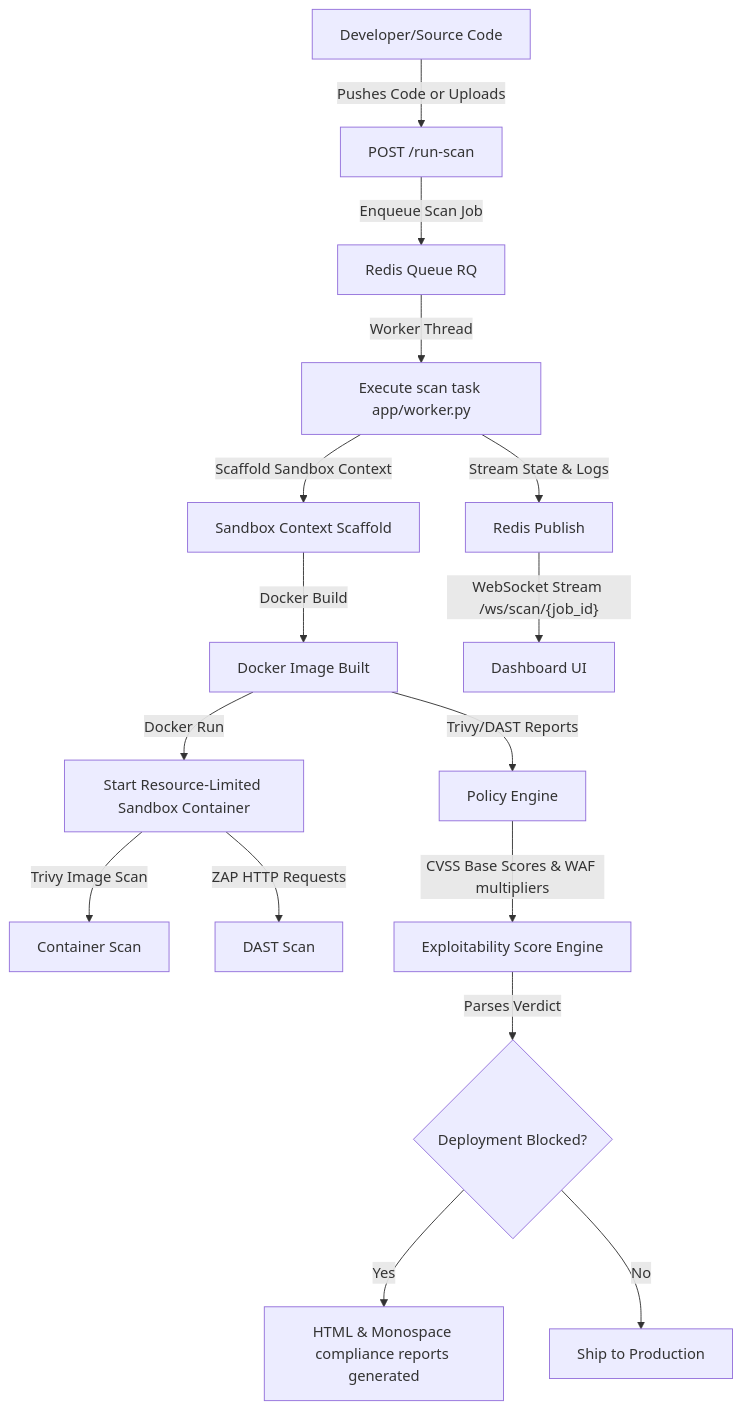
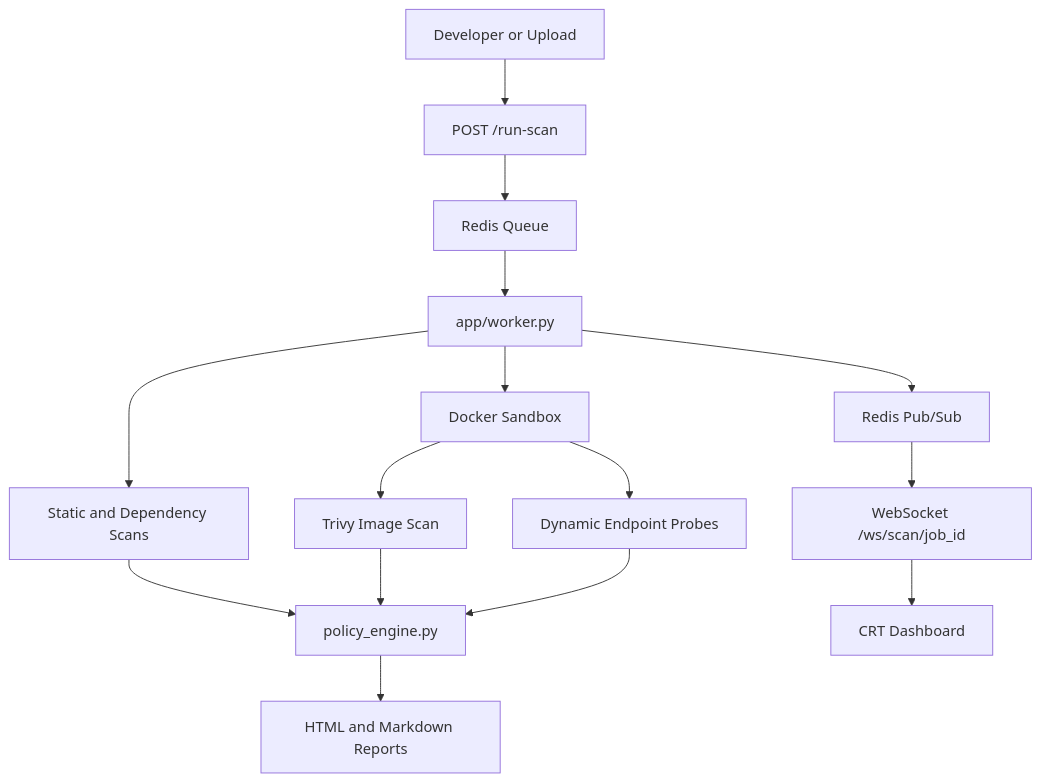
Before and after one commit to huslenine999/aegis: the diagram in README.md, drawn with Mermaid. The commit also changed other lines of this file and 18 other files, not shown here.

````diff
--- a/README.md
+++ b/README.md
@@ -24,18 +131,17 @@
 ```mermaid
 graph TD
-    Dev[Developer/Source Code] -->|Pushes Code or Uploads| RunScan[POST /run-scan]
-    RunScan -->|Enqueue Scan Job| RQ[Redis Queue RQ]
-    RQ -->|Worker Thread| Worker[Execute scan task app/worker.py]
-    Worker -->|Scaffold Sandbox Context| Context[Sandbox Context Scaffold]
-    Context -->|Docker Build| Build[Docker Image Built]
-    Build -->|Docker Run| Run[Start Resource-Limited Sandbox Container]
-    Run -->|Trivy Image Scan| Trivy[Container Scan]
-    Run -->|ZAP HTTP Requests| DAST[DAST Scan]
-    Build -->|Trivy/DAST Reports| Engine[Policy Engine]
-    Engine -->|CVSS Base Scores & WAF multipliers| Score[Exploitability Score Engine]
-    Score -->|Parses Verdict| Decision{Deployment Blocked?}
-    Decision -->|Yes| Report[HTML & Monospace compliance reports generated]
-    Decision -->|No| Deploy[Ship to Production]
-    Worker -->|Stream State & Logs| Redis[Redis Publish]
-    Redis -->|"WebSocket Stream /ws/scan/{job_id}"| UI[Dashboard UI]
+    Dev[Developer or Upload] --> RunScan[POST /run-scan]
+    RunScan --> Queue[Redis Queue]
+    Queue --> Worker[app/worker.py]
+    Worker --> Static[Static and Dependency Scans]
+    Worker --> Sandbox[Docker Sandbox]
+    Sandbox --> Trivy[Trivy Image Scan]
+    Sandbox --> DAST[Dynamic Endpoint Probes]
+    Static --> Policy[policy_engine.py]
+    Trivy --> Policy
+    DAST --> Policy
+    Policy --> Reports[HTML and Markdown Reports]
+    Worker --> Redis[Redis Pub/Sub]
+    Redis --> WS[WebSocket /ws/scan/job_id]
+    WS --> UI[CRT Dashboard]
 ```
````
